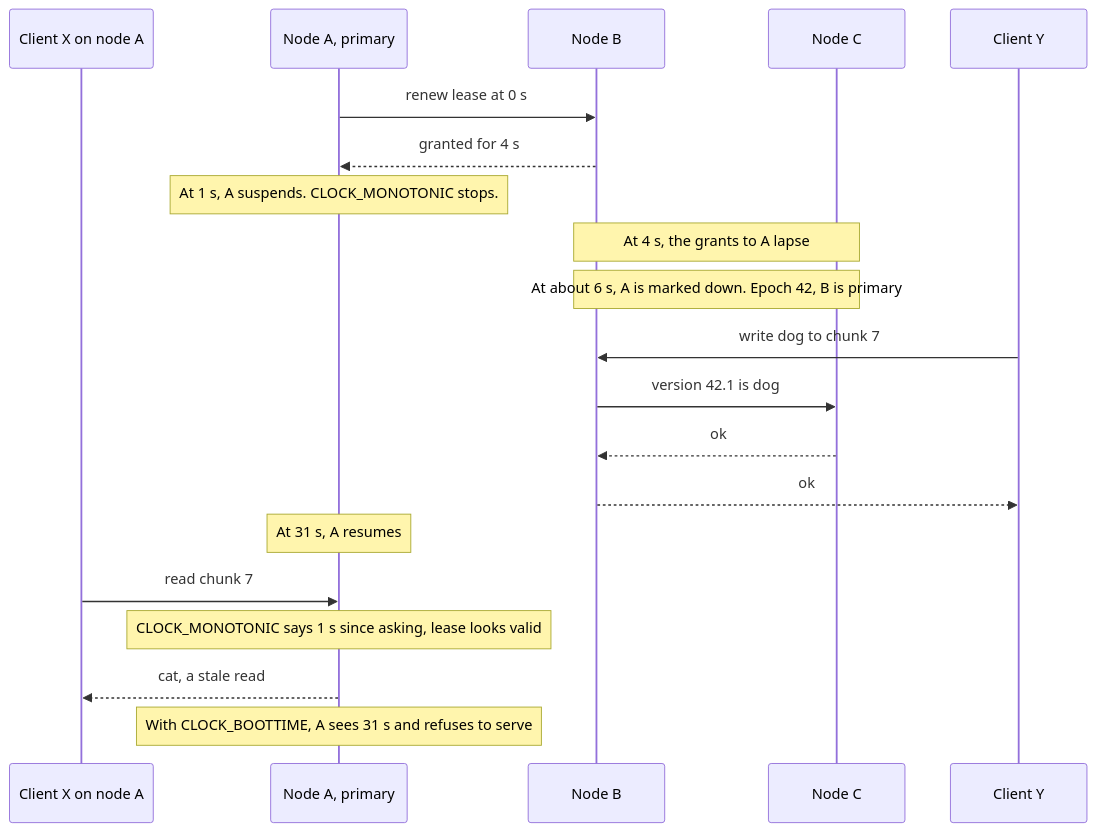
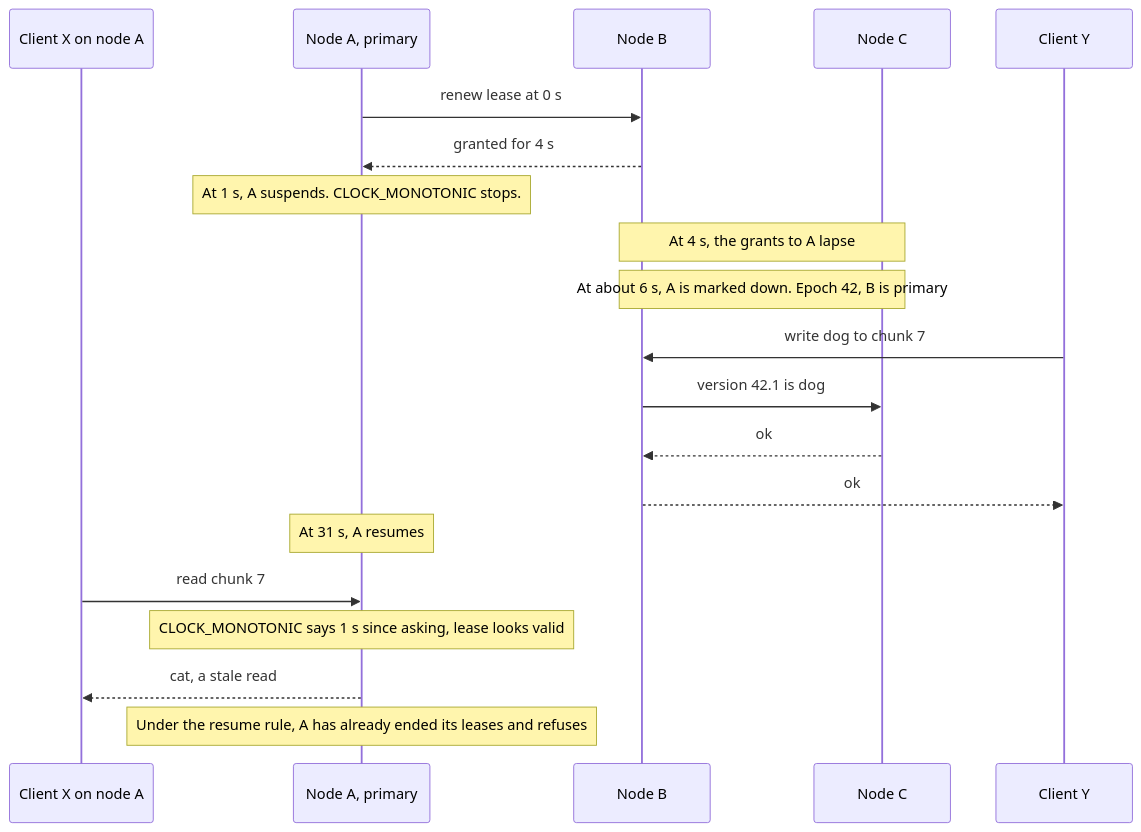
One commit to nvcnvn/rock-solid changed the fifth of 9 diagrams in blogs/03-epochs-leases-and-failures.md. Above: the diagram before and after it, drawn with Mermaid. The commit also changed other lines of this file and 23 other files, not shown here.

````diff
--- a/blogs/03-epochs-leases-and-failures.md
+++ b/blogs/03-epochs-leases-and-failures.md
@@ -376,22 +419,22 @@
 ```mermaid
 sequenceDiagram
     participant X as Client X on node A
     participant A as Node A, primary
     participant B as Node B
     participant C as Node C
     participant Y as Client Y
     A->>B: renew lease at 0 s
     B-->>A: granted for 4 s
     Note over A: At 1 s, A suspends. CLOCK_MONOTONIC stops.
     Note over B,C: At 4 s, the grants to A lapse
     Note over B,C: At about 6 s, A is marked down. Epoch 42, B is primary
     Y->>B: write dog to chunk 7
     B->>C: version 42.1 is dog
     C-->>B: ok
     B-->>Y: ok
     Note over A: At 31 s, A resumes
     X->>A: read chunk 7
     Note over A: CLOCK_MONOTONIC says 1 s since asking, lease looks valid
     A-->>X: cat, a stale read
-    Note over A: With CLOCK_BOOTTIME, A sees 31 s and refuses to serve
+    Note over A: Under the resume rule, A has already ended its leases and refuses
 ```
````
